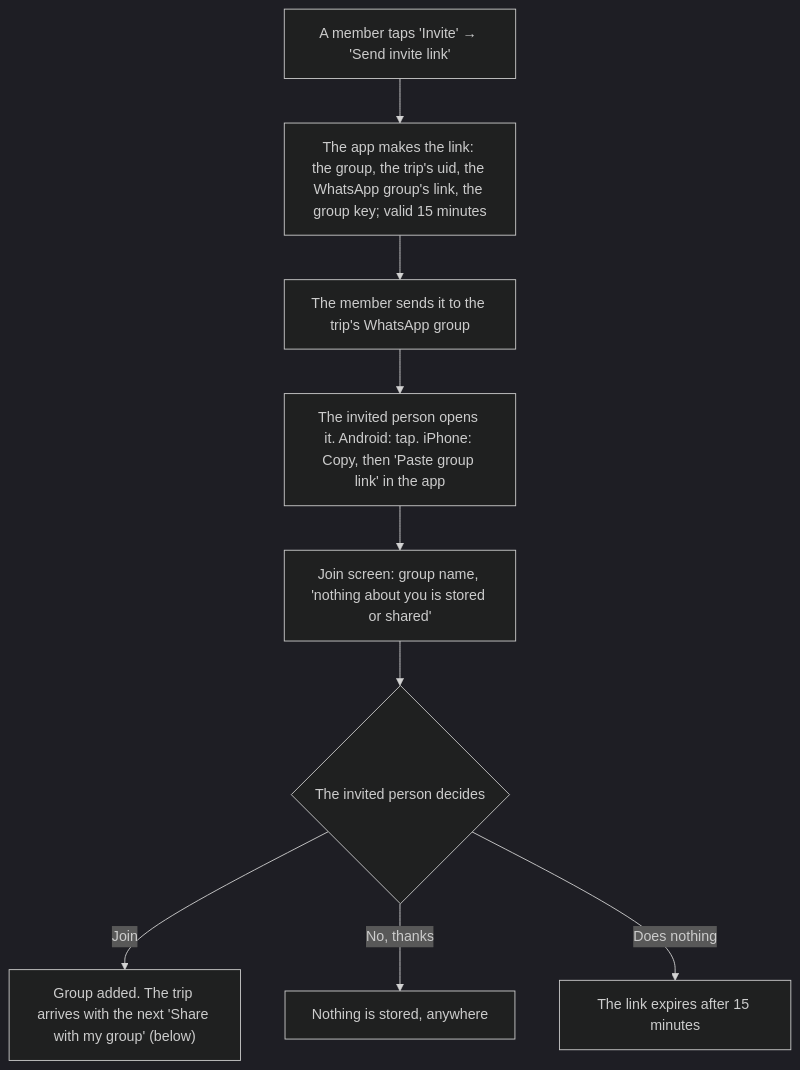
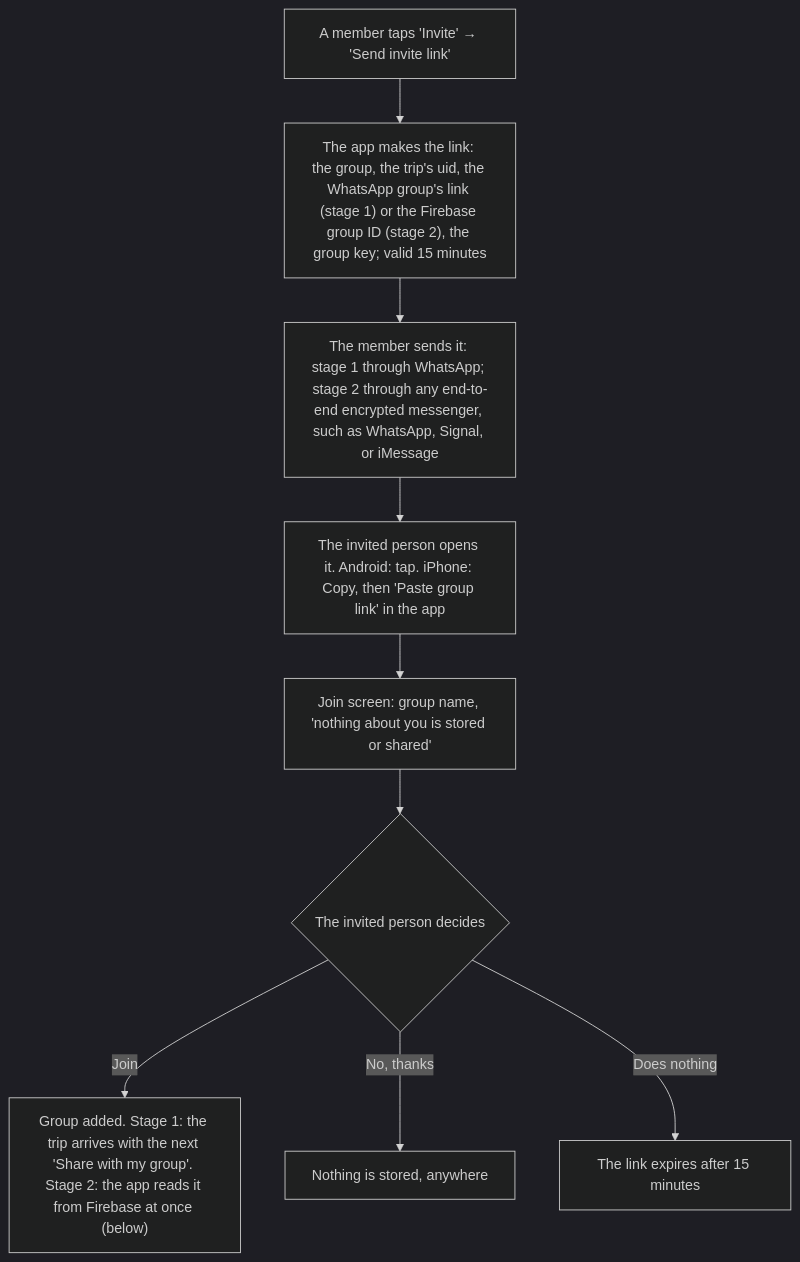
One commit to projects-rs/trip-map changed the second of 3 diagrams in docs/DESIGN.md. Above: the diagram before and after it, drawn with Mermaid (dark theme). The commit also changed other lines of this file, not shown here.

````diff
--- a/docs/DESIGN.md
+++ b/docs/DESIGN.md
@@ -996,11 +1010,11 @@
 ```mermaid
 flowchart TD
-    A["A member taps 'Invite' → 'Send invite link'"] --> B["The app makes the link: the group, the trip's uid, the WhatsApp group's link, the group key; valid 15 minutes"]
-    B --> C["The member sends it to the trip's WhatsApp group"]
+    A["A member taps 'Invite' → 'Send invite link'"] --> B["The app makes the link: the group, the trip's uid, the WhatsApp group's link (stage 1) or the Firebase group ID (stage 2), the group key; valid 15 minutes"]
+    B --> C["The member sends it: stage 1 through WhatsApp; stage 2 through any end-to-end encrypted messenger, such as WhatsApp, Signal, or iMessage"]
     C --> D["The invited person opens it. Android: tap. iPhone: Copy, then 'Paste group link' in the app"]
     D --> E["Join screen: group name, 'nothing about you is stored or shared'"]
     E --> F{"The invited person decides"}
-    F -->|Join| G["Group added. The trip arrives with the next 'Share with my group' (below)"]
+    F -->|Join| G["Group added. Stage 1: the trip arrives with the next 'Share with my group'. Stage 2: the app reads it from Firebase at once (below)"]
     F -->|"No, thanks"| K["Nothing is stored, anywhere"]
     F -->|"Does nothing"| O["The link expires after 15 minutes"]
 ```
````
